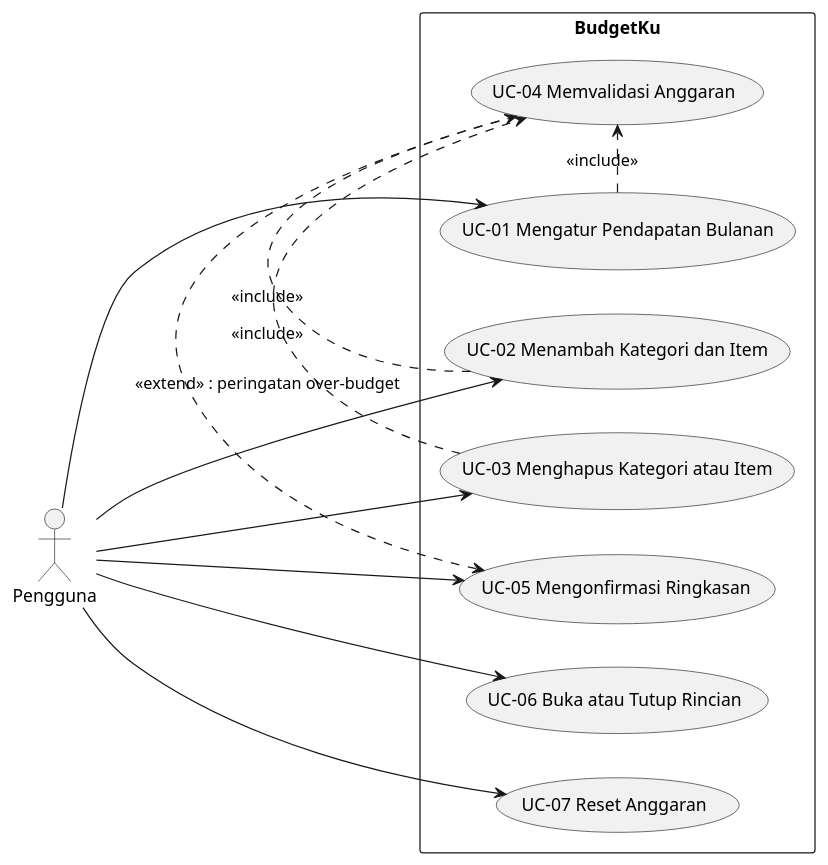
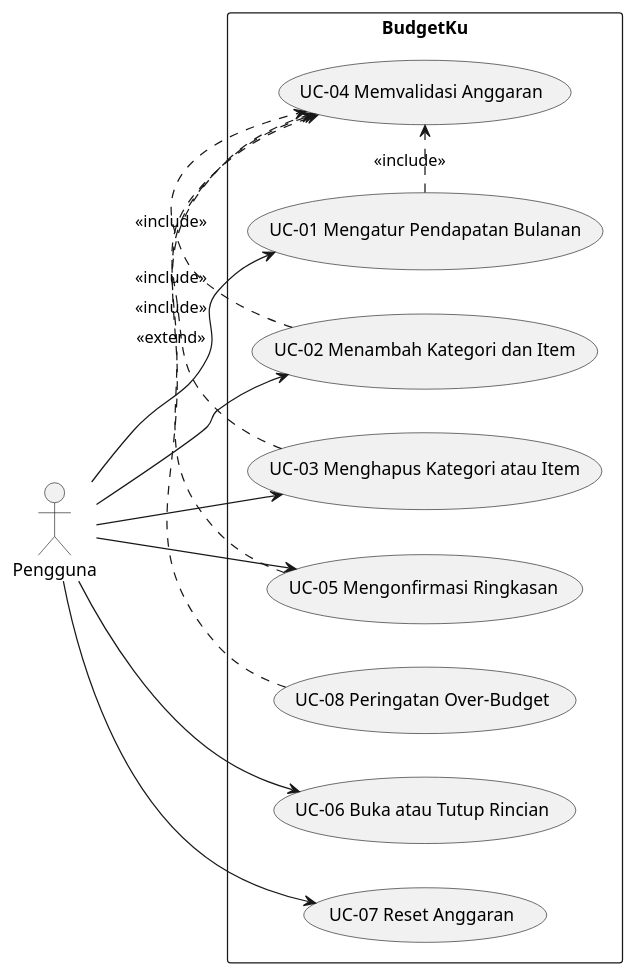
The first of 3 diagrams in file.md (Rifatdhy/BudgetKU), drawn with PlantUML before and after one commit. The commit also changed other lines of this file and 26 other files, not shown here.

````diff
--- a/file.md
+++ b/file.md
@@ -504,28 +514,30 @@
 ```plantuml
 @startuml
 left to right direction
 actor Pengguna
 
 rectangle "BudgetKu" {
   usecase "UC-01 Mengatur Pendapatan Bulanan" as UC1
   usecase "UC-02 Menambah Kategori dan Item" as UC2
   usecase "UC-03 Menghapus Kategori atau Item" as UC3
   usecase "UC-04 Memvalidasi Anggaran" as UC4
   usecase "UC-05 Mengonfirmasi Ringkasan" as UC5
   usecase "UC-06 Buka atau Tutup Rincian" as UC6
   usecase "UC-07 Reset Anggaran" as UC7
+  usecase "UC-08 Peringatan Over-Budget" as UC8
 }
 
 Pengguna --> UC1
 Pengguna --> UC2
 Pengguna --> UC3
 Pengguna --> UC5
 Pengguna --> UC6
 Pengguna --> UC7
 
 UC1 .> UC4 : <<include>>
 UC2 .> UC4 : <<include>>
 UC3 .> UC4 : <<include>>
-UC4 .> UC5 : <<extend>> : peringatan over-budget
+UC5 .> UC4 : <<include>>
+UC8 .> UC4 : <<extend>>
 @enduml
 ```
````
